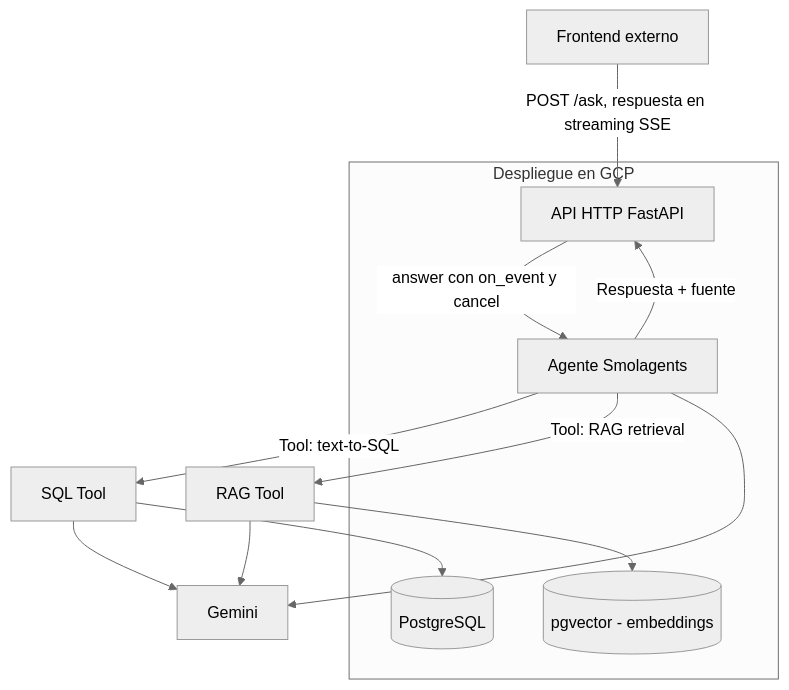
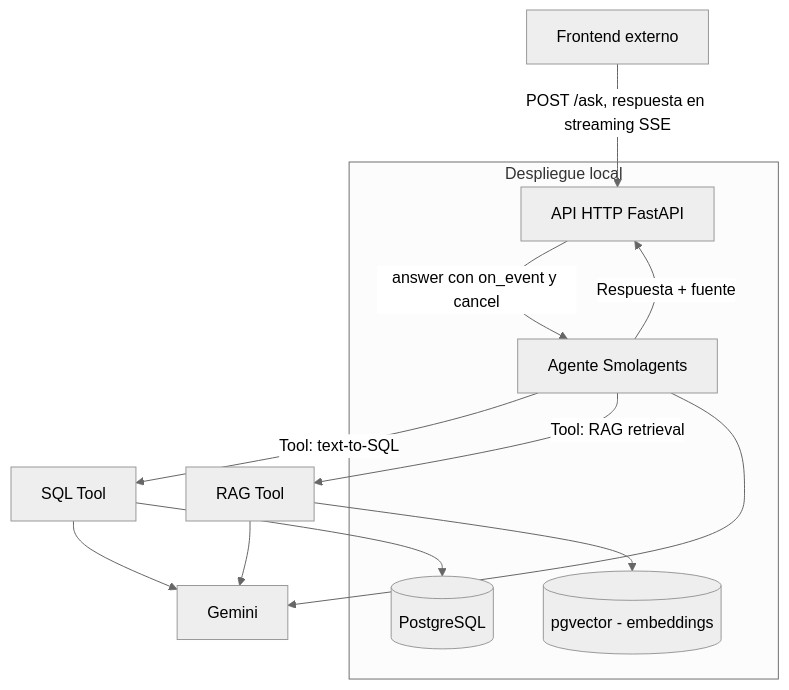
Before and after one commit to lucapierini/tp-topicos-g2-pipidu-library-agent: the diagram in TP/02-especificacion-tecnica.md, drawn with Mermaid (neutral theme). The commit also changed other lines of this file and 2 other files, not shown here.

First line of the commit message:
docs(tp): alinea constitución, especificación funcional y técnica con la ejecución local (D81)

````diff
--- a/TP/02-especificacion-tecnica.md
+++ b/TP/02-especificacion-tecnica.md
@@ -11,20 +11,20 @@
 ```mermaid
 flowchart TB
     FE[Frontend externo] -->|POST /ask, respuesta en streaming SSE| API[API HTTP FastAPI]
     API -->|answer con on_event y cancel| AGENT[Agente Smolagents]
     AGENT -->|Tool: text-to-SQL| SQLTOOL[SQL Tool]
     AGENT -->|Tool: RAG retrieval| RAGTOOL[RAG Tool]
     SQLTOOL --> DB[(PostgreSQL)]
     RAGTOOL --> VSTORE[(pgvector - embeddings)]
     RAGTOOL --> LLM[Gemini]
     SQLTOOL --> LLM
     AGENT --> LLM
     AGENT -->|Respuesta + fuente| API
 
-    subgraph GCP[Despliegue en GCP]
+    subgraph LOCAL[Despliegue local]
         DB
         VSTORE
         AGENT
         API
     end
 ```
````
